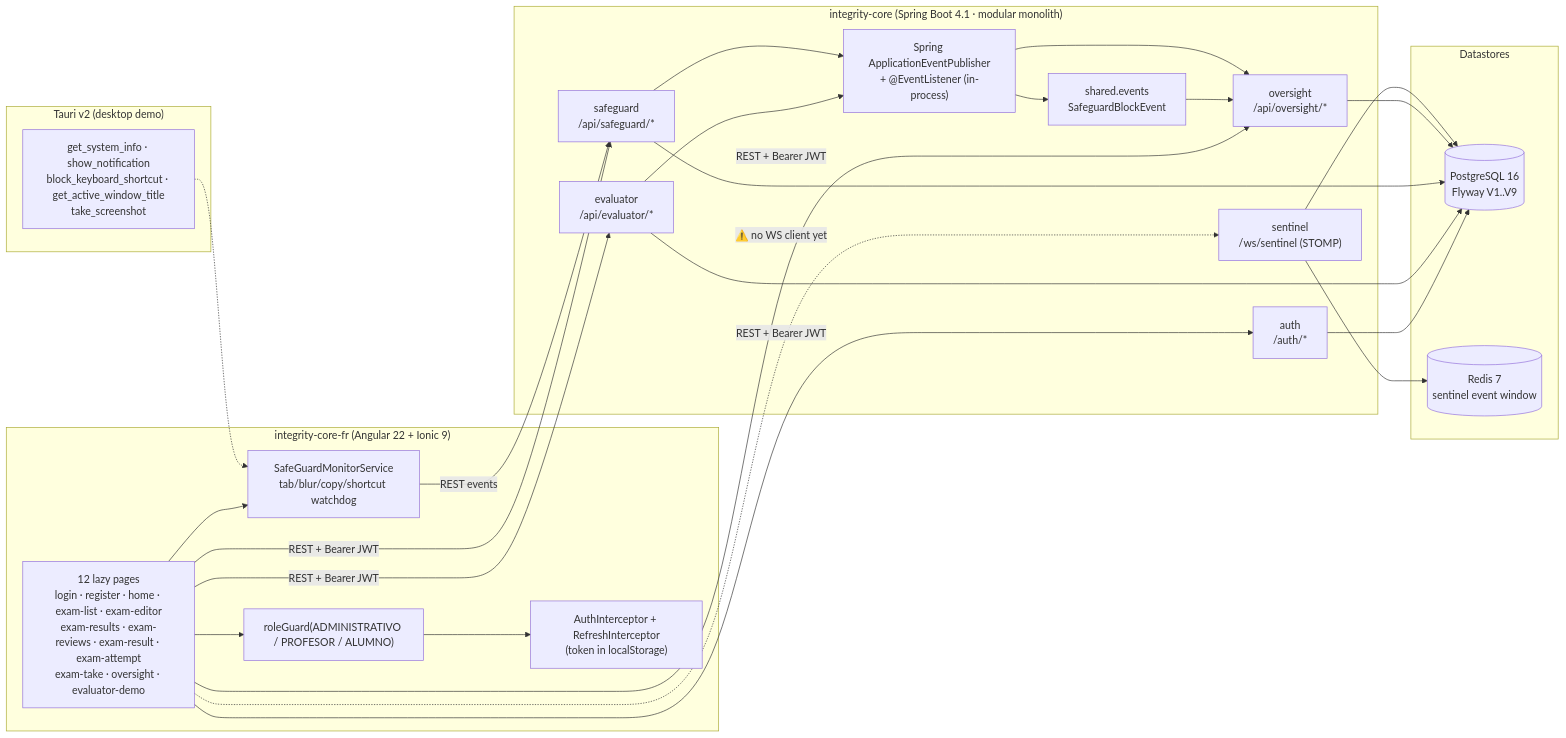
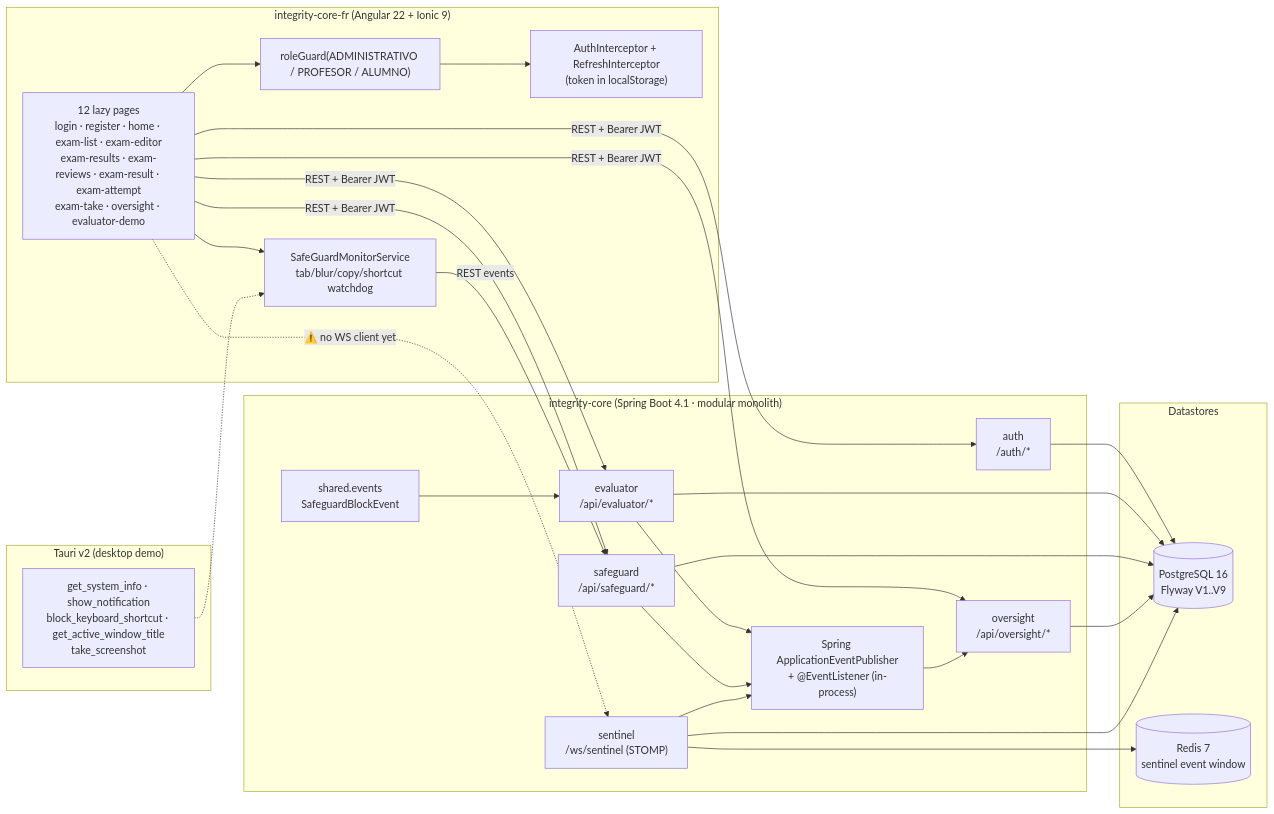
Before and after one commit to Cesar-Plyed/cidem-project: the first of 11 diagrams in FLOW.md, drawn with Mermaid. The commit also changed other lines of this file and 2 other files, not shown here.

````diff
--- a/FLOW.md
+++ b/FLOW.md
@@ -44,43 +44,43 @@
 ```mermaid
 flowchart LR
     subgraph Client["integrity-core-fr (Angular 22 + Ionic 9)"]
         PAGES["12 lazy pages<br/>login · register · home · exam-list · exam-editor<br/>exam-results · exam-reviews · exam-result · exam-attempt<br/>exam-take · oversight · evaluator-demo"]
         GUARDS["roleGuard(ADMINISTRATIVO / PROFESOR / ALUMNO)"]
         IG["AuthInterceptor + RefreshInterceptor<br/>(token in localStorage)"]
         SG["SafeGuardMonitorService<br/>tab/blur/copy/shortcut watchdog"]
         PAGES --> GUARDS --> IG
         PAGES --> SG
     end
 
     subgraph Tauri["Tauri v2 (desktop demo)"]
         NATIVE["get_system_info · show_notification<br/>block_keyboard_shortcut · get_active_window_title<br/>take_screenshot"]
     end
 
     subgraph Server["integrity-core (Spring Boot 4.1 · modular monolith)"]
         AUTH["auth<br/>/auth/*"]
         EVAL["evaluator<br/>/api/evaluator/*"]
         SAFE["safeguard<br/>/api/safeguard/*"]
         SENT["sentinel<br/>/ws/sentinel (STOMP)"]
         OVER["oversight<br/>/api/oversight/*"]
         BUS["Spring ApplicationEventPublisher<br/>+ @EventListener (in-process)"]
         SHARED["shared.events<br/>SafeguardBlockEvent"]
     end
 
     subgraph Data["Datastores"]
         PG[("PostgreSQL 16<br/>Flyway V1..V9")]
         REDIS[("Redis 7<br/>sentinel event window")]
     end
 
     PAGES -->|REST + Bearer JWT| AUTH & EVAL & SAFE & OVER
     SG -->|REST events| SAFE
     PAGES -.->|"⚠️ no WS client yet"| SENT
     NATIVE -.-> SG
 
-    EVAL & SAFE --> BUS --> SHARED
-    SHARED --> OVER
+    EVAL & SAFE & SENT --> BUS
+    SHARED --> EVAL
     BUS --> OVER
 
     AUTH & EVAL & SAFE & OVER --> PG
     SENT --> PG
     SENT --> REDIS
 ```
````
